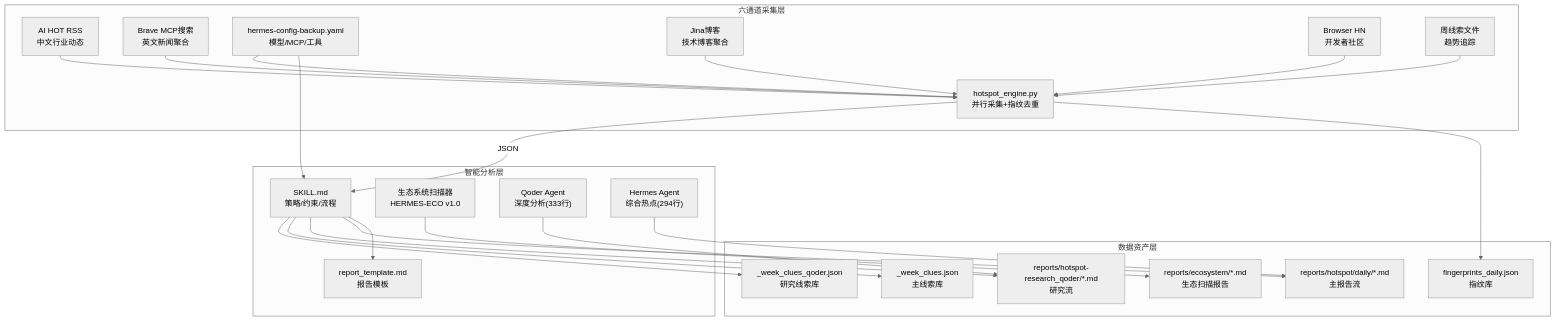
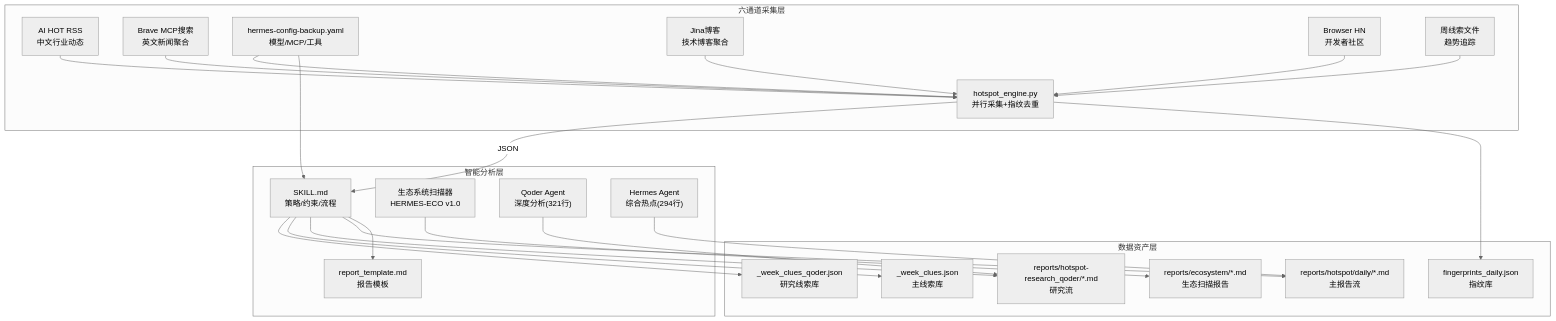
The first of 4 diagrams in .qoder/repowiki/zh/content/核心技能详解/Qoder Agent 每日热点报告系统.md (John198912/hermes_workspace), drawn with Mermaid (neutral theme) before and after one commit. The commit also changed other lines of this file and 1 other file, not shown here.

````diff
--- a/.qoder/repowiki/zh/content/核心技能详解/Qoder Agent 每日热点报告系统.md
+++ b/.qoder/repowiki/zh/content/核心技能详解/Qoder Agent 每日热点报告系统.md
@@ -46,45 +47,45 @@
 ```mermaid
 graph TB
 subgraph "六通道采集层"
 E["hotspot_engine.py<br/>并行采集+指纹去重"]
 A["AI HOT RSS<br/>中文行业动态"]
 B["Brave MCP搜索<br/>英文新闻聚合"]
 C["byted-web搜索<br/>中文社交媒体"]
 D["Jina博客<br/>技术博客聚合"]
 F["Browser HN<br/>开发者社区"]
 G["周线索文件<br/>趋势追踪"]
 end
 subgraph "智能分析层"
 S["SKILL.md<br/>策略/约束/流程"]
 T["report_template.md<br/>报告模板"]
 C["hermes-config-backup.yaml<br/>模型/MCP/工具"]
 ES["生态系统扫描器<br/>HERMES-ECO v1.0"]
-QA["Qoder Agent<br/>深度分析(333行)"]
+QA["Qoder Agent<br/>深度分析(321行)"]
 HA["Hermes Agent<br/>综合热点(294行)"]
 end
 subgraph "数据资产层"
 FP["fingerprints_daily.json<br/>指纹库"]
 R1["reports/hotspot/daily/*.md<br/>主报告流"]
 R2["reports/hotspot-research_qoder/*.md<br/>研究流"]
 W1["_week_clues.json<br/>主线索库"]
 W2["_week_clues_qoder.json<br/>研究线索库"]
 EC["reports/ecosystem/*.md<br/>生态扫描报告"]
 end
 E --> FP
 E --> |"JSON"| S
 S --> T
 C --> S
 S --> R1
 S --> R2
 S --> W1
 S --> W2
 ES --> EC
 QA --> R2
 HA --> R1
 A --> E
 B --> E
 C --> E
 D --> E
 F --> E
 G --> E
 ```
````
